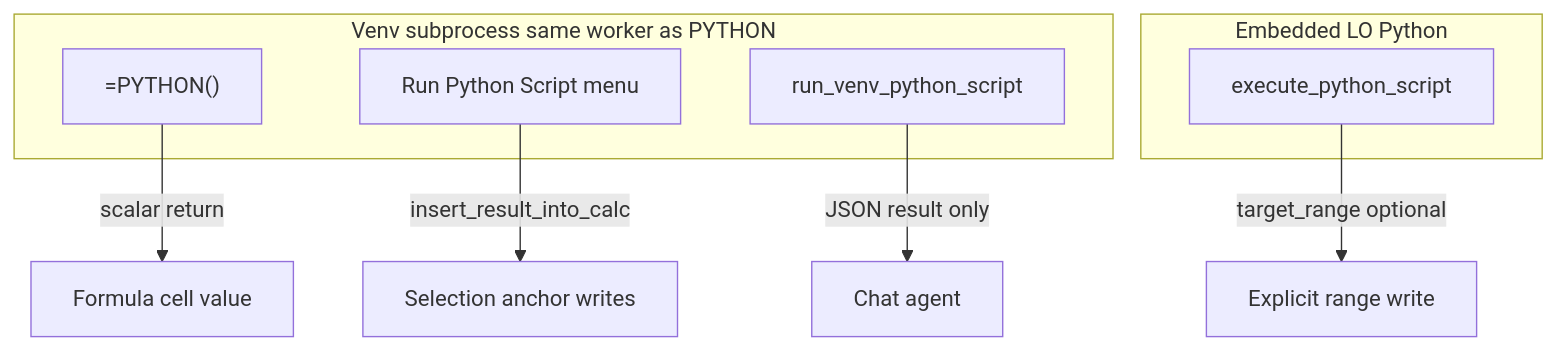
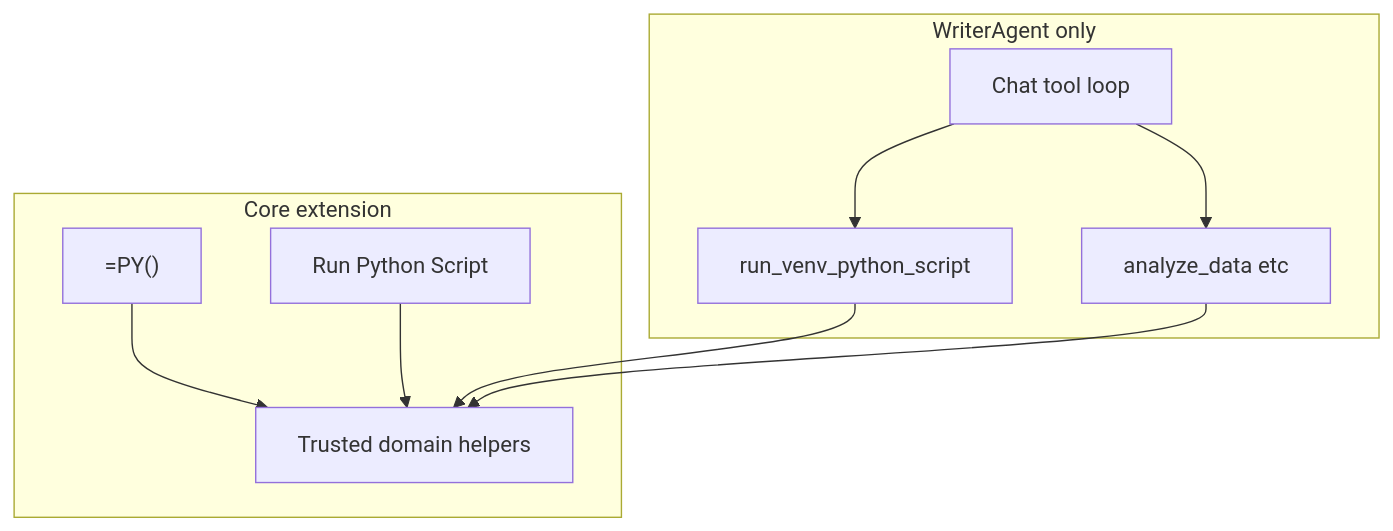
Before and after one commit to KeithCu/writeragent: the fifth of 9 diagrams in docs/libreoffice-core-python-extension-split.md, drawn with Mermaid. The commit also changed other lines of this file and 12 other files, not shown here.

````diff
--- a/docs/libreoffice-core-python-extension-split.md
+++ b/docs/libreoffice-core-python-extension-split.md
@@ -387,15 +437,17 @@
 ```mermaid
 flowchart TB
-  subgraph venvPaths [Venv subprocess same worker as PYTHON]
-    PY["=PYTHON()"]
-    menu[Run Python Script menu]
+  subgraph corePaths [Core extension]
+    PY["=PY()"]
+    menu[Run Python Script]
+    helpers[Trusted domain helpers]
+  end
+  subgraph writerAgent [WriterAgent only]
+    chat[Chat tool loop]
     toolV[run_venv_python_script]
+    toolA[analyze_data etc]
   end
-  subgraph inProcess [Embedded LO Python]
-    toolE[execute_python_script]
-  end
-  PY -->|scalar return| cell[Formula cell value]
-  menu -->|insert_result_into_calc| grid[Selection anchor writes]
-  toolV -->|JSON result only| chat[Chat agent]
-  toolE -->|target_range optional| grid2[Explicit range write]
+  PY --> helpers
+  menu --> helpers
+  chat --> toolV --> helpers
+  chat --> toolA --> helpers
 ```
````
